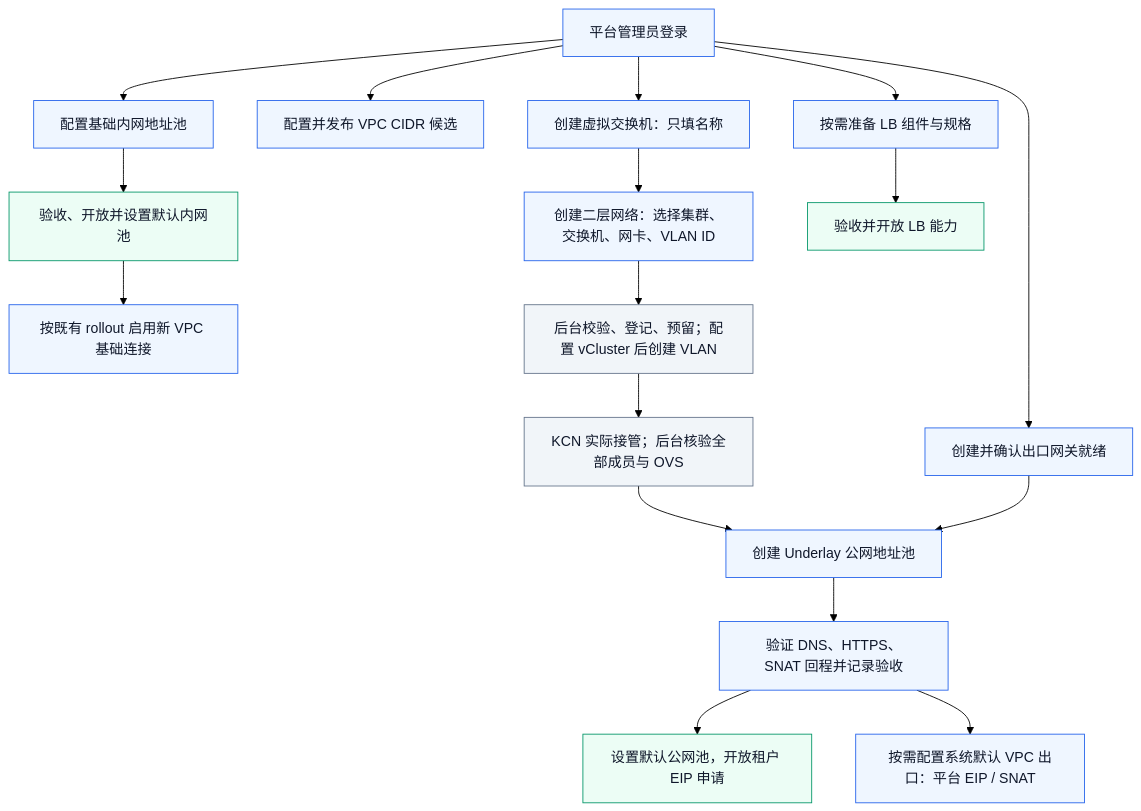
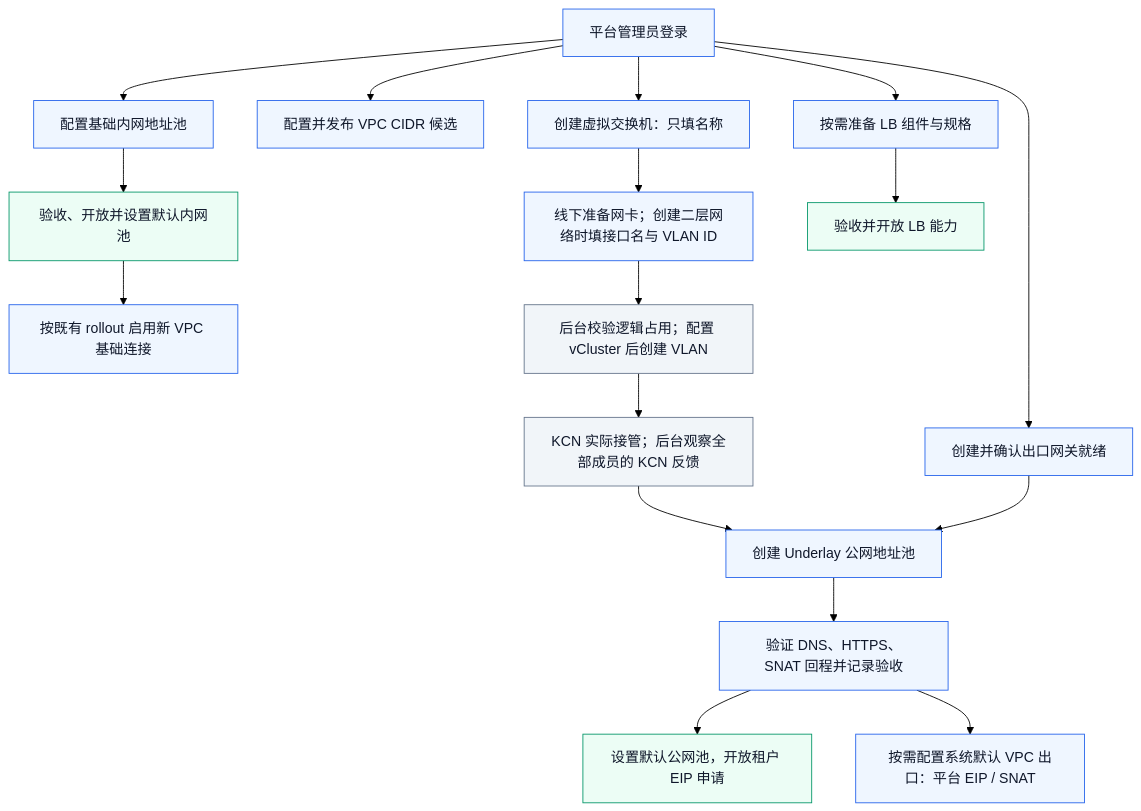
The second of 2 diagrams in docs/specs/kcn-v09-underlay-flow.md (java559/ani-resource-service), drawn with Mermaid (forest theme) before and after one commit. The commit also changed other lines of this file and 123 other files, not shown here.

````diff
--- a/docs/specs/kcn-v09-underlay-flow.md
+++ b/docs/specs/kcn-v09-underlay-flow.md
@@ -147,28 +147,28 @@
 ```mermaid
 flowchart TD
   A0["平台管理员登录"] --> AB["配置基础内网地址池"]
   AB --> AR["验收、开放并设置默认内网池"]
   AR --> ARO["按既有 rollout 启用新 VPC 基础连接"]
   A0 --> ACIDR["配置并发布 VPC CIDR 候选"]
 
   A0 --> AV["创建虚拟交换机：只填名称"]
-  AV --> AL["创建二层网络：选择集群、交换机、网卡、VLAN ID"]
-  AL --> AX["后台校验、登记、预留；配置 vCluster 后创建 VLAN"]
-  AX --> AY["KCN 实际接管；后台核验全部成员与 OVS"]
+  AV --> AL["线下准备网卡；创建二层网络时填接口名与 VLAN ID"]
+  AL --> AX["后台校验逻辑占用；配置 vCluster 后创建 VLAN"]
+  AX --> AY["KCN 实际接管；后台观察全部成员的 KCN 反馈"]
   AY --> AP["创建 Underlay 公网地址池"]
   A0 --> AG["创建并确认出口网关就绪"]
   AG --> AP
   AP --> AQ["验证 DNS、HTTPS、SNAT 回程并记录验收"]
   AQ --> AU["设置默认公网池，开放租户 EIP 申请"]
   AQ --> AS["按需配置系统默认 VPC 出口：平台 EIP / SNAT"]
 
   A0 --> AI["按需准备 LB 组件与规格"]
   AI --> AK["验收并开放 LB 能力"]
 
   classDef action fill:#eff6ff,stroke:#2563eb,color:#0f172a;
   classDef backend fill:#f1f5f9,stroke:#64748b,color:#0f172a;
   classDef ready fill:#ecfdf5,stroke:#059669,color:#0f172a;
   class A0,AB,AV,AL,AP,AG,AQ,AS,AI,ACIDR,ARO action;
   class AX,AY backend;
   class AR,AU,AK ready;
 ```
````
